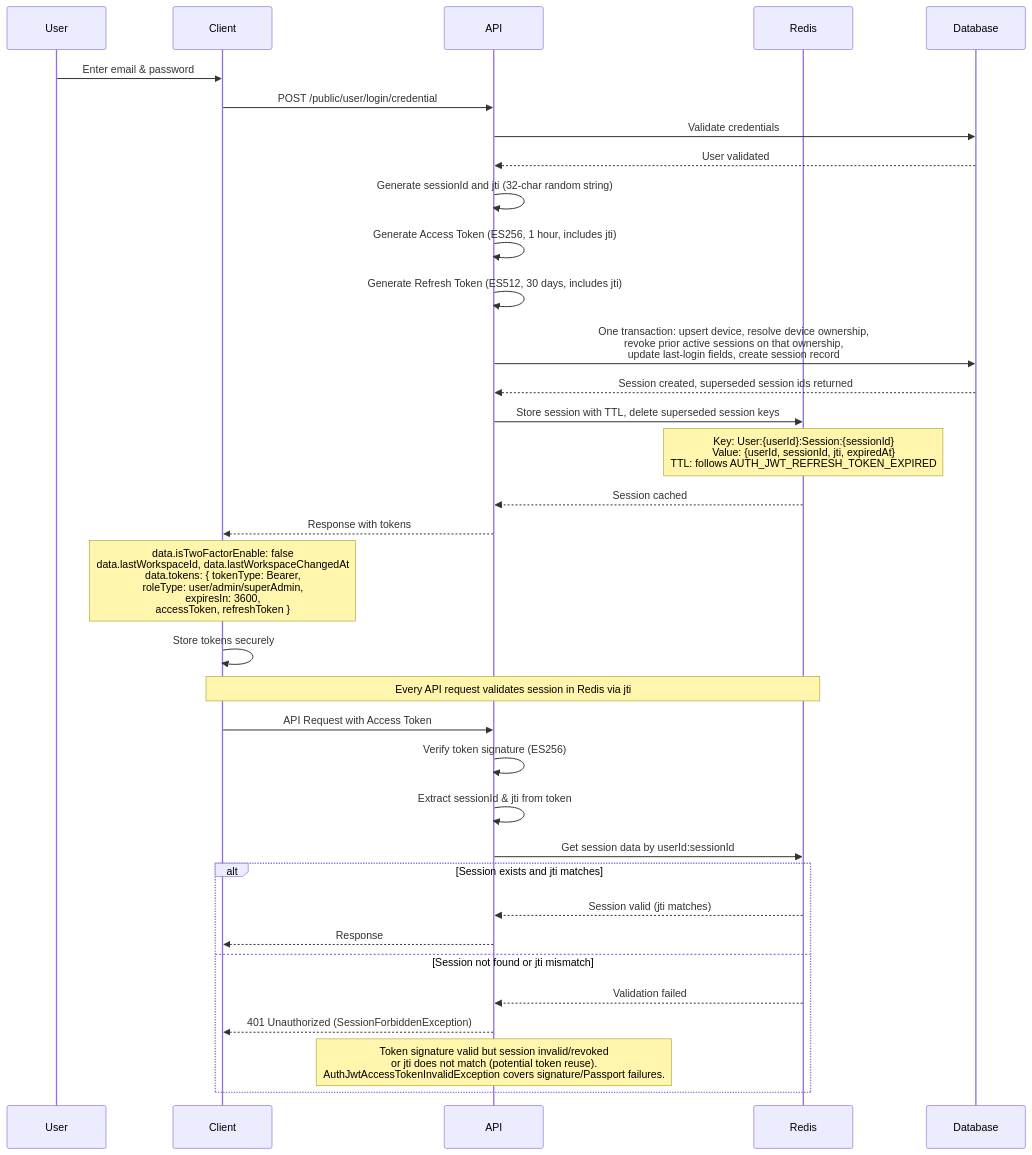
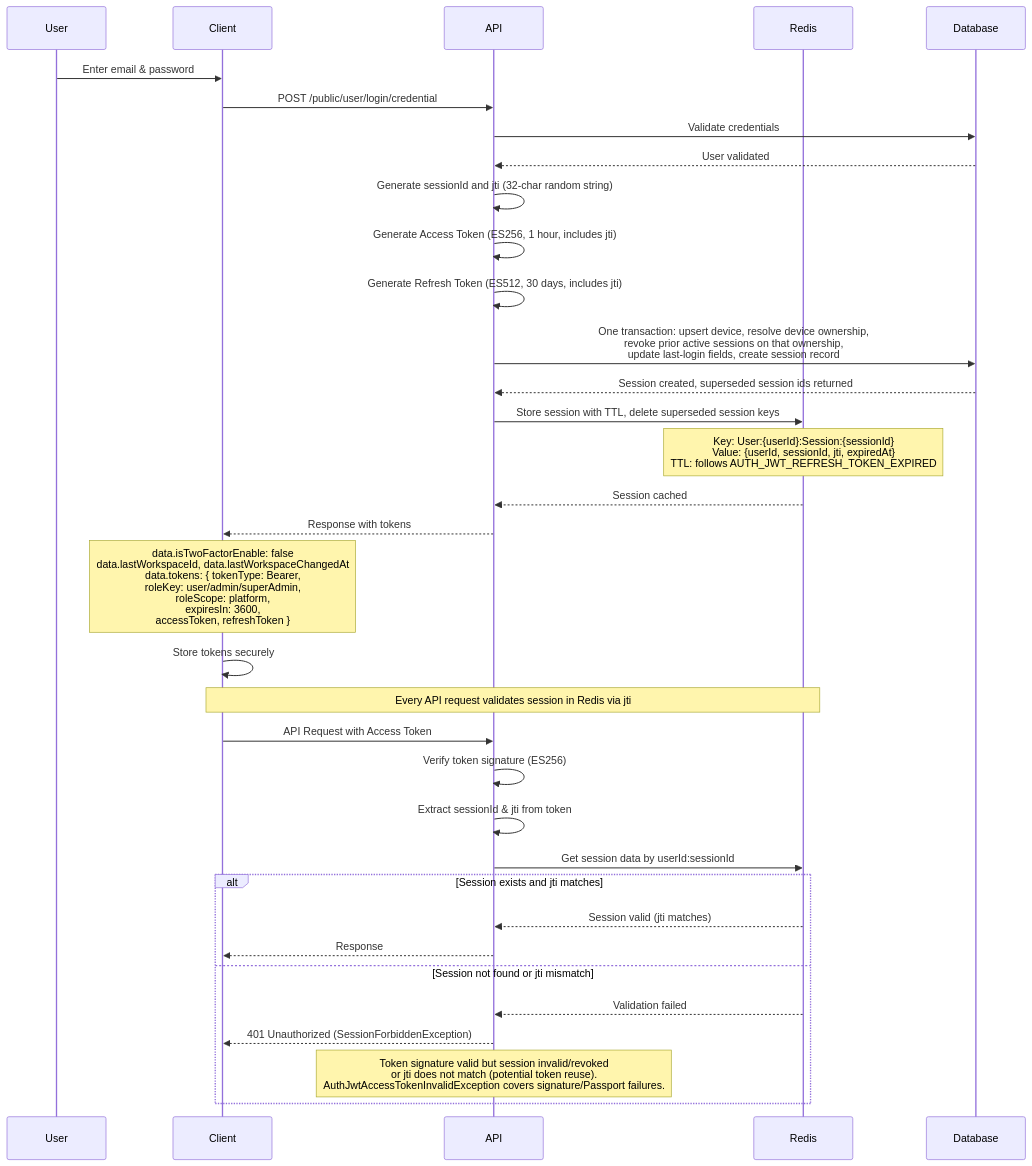
One commit to andrechristikan/ack-nestjs-boilerplate changed the second of 10 diagrams in docs/authentication.md. Above: the diagram before and after it, drawn with Mermaid. The commit also changed other lines of this file and 303 other files, not shown here.

````diff
--- a/docs/authentication.md
+++ b/docs/authentication.md
@@ -240,45 +240,45 @@
 ```mermaid
 sequenceDiagram
     participant User
     participant Client
     participant API
     participant Redis
     participant Database
 
     User->>Client: Enter email & password
     Client->>API: POST /public/user/login/credential
     API->>Database: Validate credentials
     Database-->>API: User validated
     
     API->>API: Generate sessionId and jti (32-char random string)
     API->>API: Generate Access Token (ES256, 1 hour, includes jti)
     API->>API: Generate Refresh Token (ES512, 30 days, includes jti)
     
     API->>Database: One transaction: upsert device, resolve device ownership,<br/>revoke prior active sessions on that ownership,<br/>update last-login fields, create session record
     Database-->>API: Session created, superseded session ids returned
     
     API->>Redis: Store session with TTL, delete superseded session keys
     Note over Redis: Key: User:{userId}:Session:{sessionId}<br/>Value: {userId, sessionId, jti, expiredAt}<br/>TTL: follows AUTH_JWT_REFRESH_TOKEN_EXPIRED
     Redis-->>API: Session cached
     
     API-->>Client: Response with tokens
-    Note over Client: data.isTwoFactorEnable: false<br/>data.lastWorkspaceId, data.lastWorkspaceChangedAt<br/>data.tokens: { tokenType: Bearer,<br/>roleType: user/admin/superAdmin,<br/>expiresIn: 3600,<br/>accessToken, refreshToken }
+    Note over Client: data.isTwoFactorEnable: false<br/>data.lastWorkspaceId, data.lastWorkspaceChangedAt<br/>data.tokens: { tokenType: Bearer,<br/>roleKey: user/admin/superAdmin,<br/>roleScope: platform,<br/>expiresIn: 3600,<br/>accessToken, refreshToken }
     
     Client->>Client: Store tokens securely
     
     Note over Client,Redis: Every API request validates session in Redis via jti
     
     Client->>API: API Request with Access Token
     API->>API: Verify token signature (ES256)
     API->>API: Extract sessionId & jti from token
     API->>Redis: Get session data by userId:sessionId
     
     alt Session exists and jti matches
         Redis-->>API: Session valid (jti matches)
         API-->>Client: Response
     else Session not found or jti mismatch
         Redis-->>API: Validation failed
         API-->>Client: 401 Unauthorized (SessionForbiddenException)
         Note over API: Token signature valid but session invalid/revoked<br/>or jti does not match (potential token reuse).<br/>AuthJwtAccessTokenInvalidException covers signature/Passport failures.
     end
 ```
````
